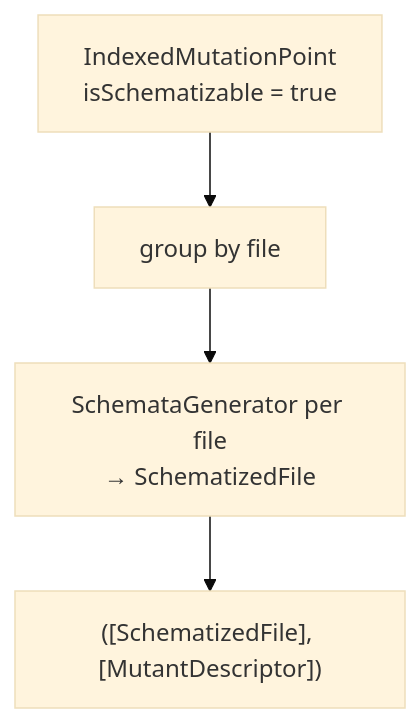
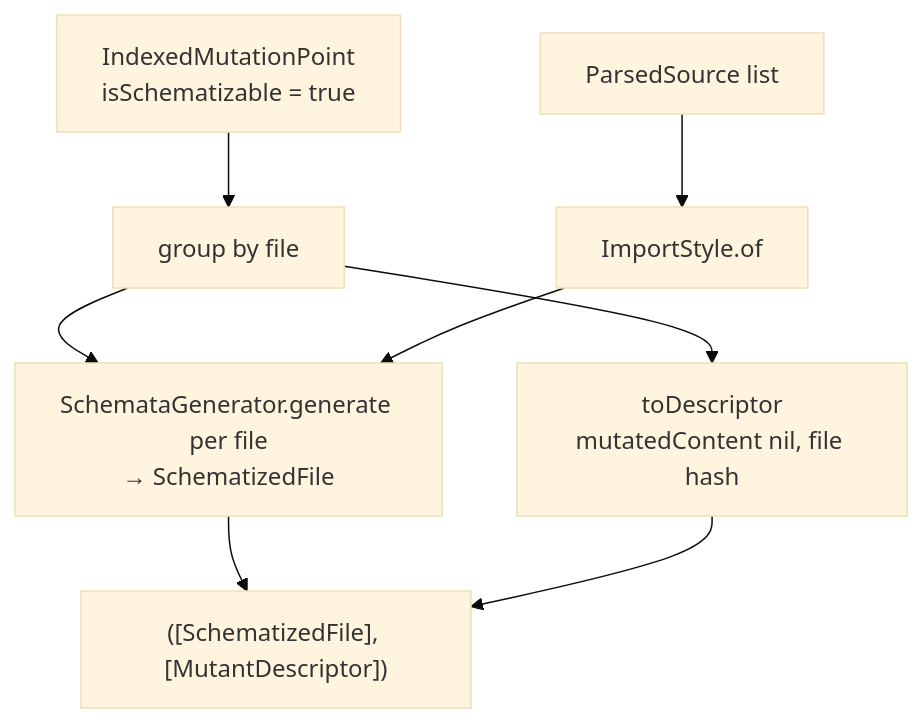
The second of 2 diagrams in Docs/CodeBase/03-discovery-pipeline.md (ericodx/swift-mutation-testing), drawn with Mermaid (base theme) before and after one commit. The commit also changed other lines of this file and 3 other files, not shown here.

````diff
--- a/Docs/CodeBase/03-discovery-pipeline.md
+++ b/Docs/CodeBase/03-discovery-pipeline.md
@@ -291,6 +315,9 @@
 ```mermaid
 flowchart TD
-    IP[IndexedMutationPoint\nisSchematizable = true] --> GROUP[group by file]
-    GROUP --> SCHEMA[SchemataGenerator per file\n→ SchematizedFile]
-    SCHEMA --> RESULT["([SchematizedFile], [MutantDescriptor])"]
+    IP["IndexedMutationPoint\nisSchematizable = true"] --> GROUP[group by file]
+    SRC[ParsedSource list] --> IS["ImportStyle.of"]
+    GROUP --> SCHEMA["SchemataGenerator.generate per file\n→ SchematizedFile"]
+    IS --> SCHEMA
+    GROUP --> DESC["toDescriptor\nmutatedContent nil, file hash"]
+    SCHEMA & DESC --> RESULT["([SchematizedFile], [MutantDescriptor])"]
 ```
````
